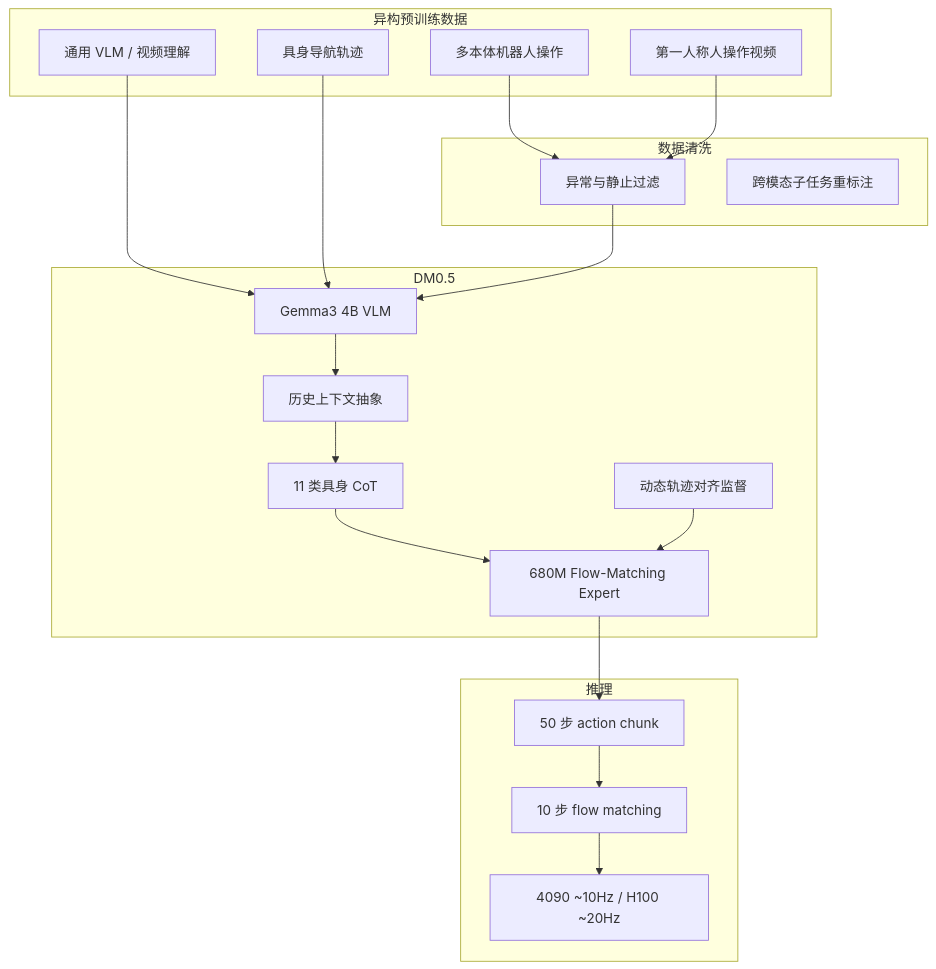
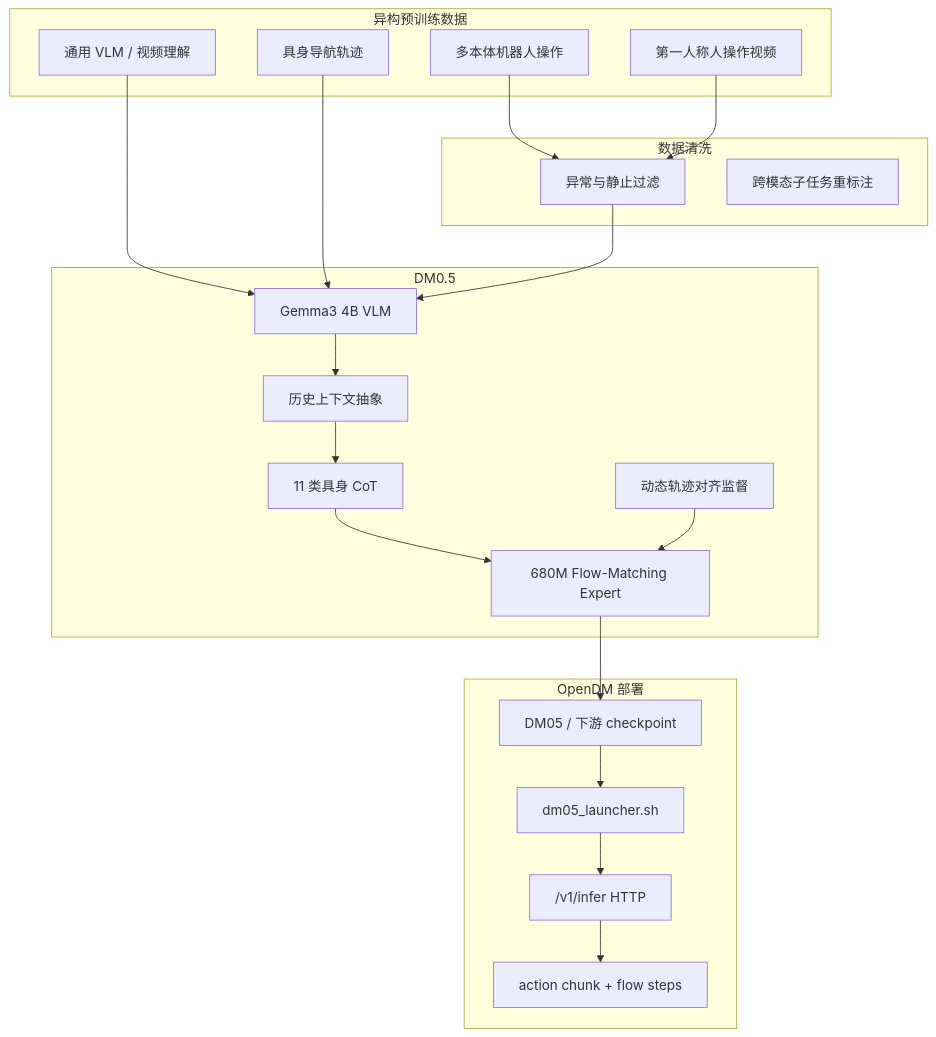
One commit to ImChong/Robotics_Notebooks changed the first of 2 diagrams in wiki/entities/dexmal-dm05.md. Above: the diagram before and after it, drawn with Mermaid. The commit also changed other lines of this file and 10 other files, not shown here.

Commit message:
[2026-08-08] ingest | sources/repos/dexmal_opendm.md — 接入 OpenDM/DM0.5 开源栈并同步索引

````diff
--- a/wiki/entities/dexmal-dm05.md
+++ b/wiki/entities/dexmal-dm05.md
@@ -63,35 +68,36 @@
 ```mermaid
 flowchart TB
   subgraph data [异构预训练数据]
     R[多本体机器人操作]
     V[通用 VLM / 视频理解]
     N[具身导航轨迹]
     H[第一人称人操作视频]
   end
   subgraph clean [数据清洗]
     F[异常与静止过滤]
     A[跨模态子任务重标注]
   end
   subgraph model [DM0.5]
     VLM[Gemma3 4B VLM]
     HIST[历史上下文抽象]
     COT[11 类具身 CoT]
     ACT[680M Flow-Matching Expert]
     ALIGN[动态轨迹对齐监督]
   end
-  subgraph infer [推理]
-    CHUNK[50 步 action chunk]
-    FM[10 步 flow matching]
-    HZ[4090 ~10Hz / H100 ~20Hz]
+  subgraph opendm [OpenDM 部署]
+    CKPT[DM05 / 下游 checkpoint]
+    LAUNCH[dm05_launcher.sh]
+    HTTP["/v1/infer HTTP"]
+    CHUNK[action chunk + flow steps]
   end
   R --> F
   H --> F
   V --> VLM
   N --> VLM
   F --> VLM
   VLM --> HIST
   HIST --> COT
   COT --> ACT
   ALIGN --> ACT
-  ACT --> CHUNK --> FM --> HZ
+  ACT --> CKPT --> LAUNCH --> HTTP --> CHUNK
 ```
````
